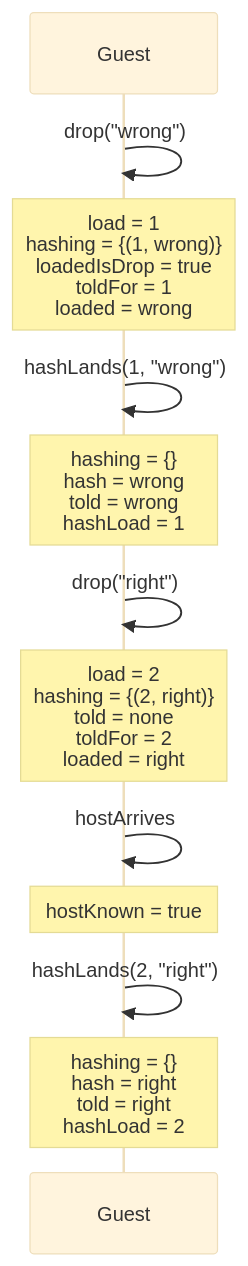
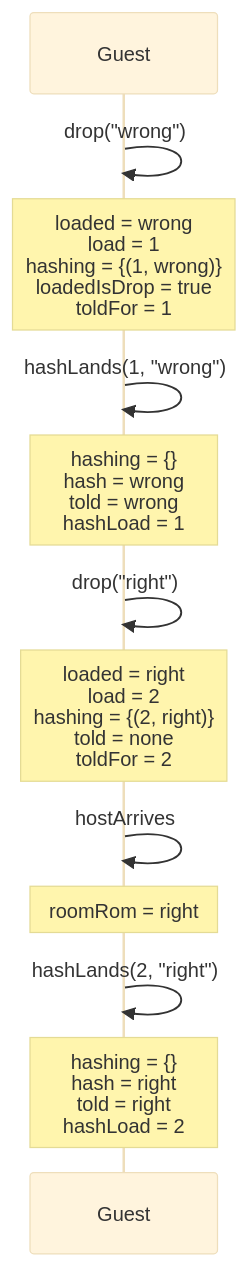
Diagram 20 of 25 in docs/spec-traces.md (kwilson21/kaillera-next), drawn with Mermaid (base theme) before and after one commit. The commit also changed other lines of this file and 21 other files, not shown here.

````diff
--- a/docs/spec-traces.md
+++ b/docs/spec-traces.md
@@ -570,14 +570,14 @@
 ```mermaid
 sequenceDiagram
   participant Guest
   Guest->>Guest: drop("wrong")
-  Note over Guest: load = 1<br/>hashing = {(1, wrong)}<br/>loadedIsDrop = true<br/>toldFor = 1<br/>loaded = wrong
+  Note over Guest: loaded = wrong<br/>load = 1<br/>hashing = {(1, wrong)}<br/>loadedIsDrop = true<br/>toldFor = 1
   Guest->>Guest: hashLands(1, "wrong")
   Note over Guest: hashing = {}<br/>hash = wrong<br/>told = wrong<br/>hashLoad = 1
   Guest->>Guest: drop("right")
-  Note over Guest: load = 2<br/>hashing = {(2, right)}<br/>told = none<br/>toldFor = 2<br/>loaded = right
+  Note over Guest: loaded = right<br/>load = 2<br/>hashing = {(2, right)}<br/>told = none<br/>toldFor = 2
   Guest->>Guest: hostArrives
-  Note over Guest: hostKnown = true
+  Note over Guest: roomRom = right
   Guest->>Guest: hashLands(2, "right")
   Note over Guest: hashing = {}<br/>hash = right<br/>told = right<br/>hashLoad = 2
 ```
````
